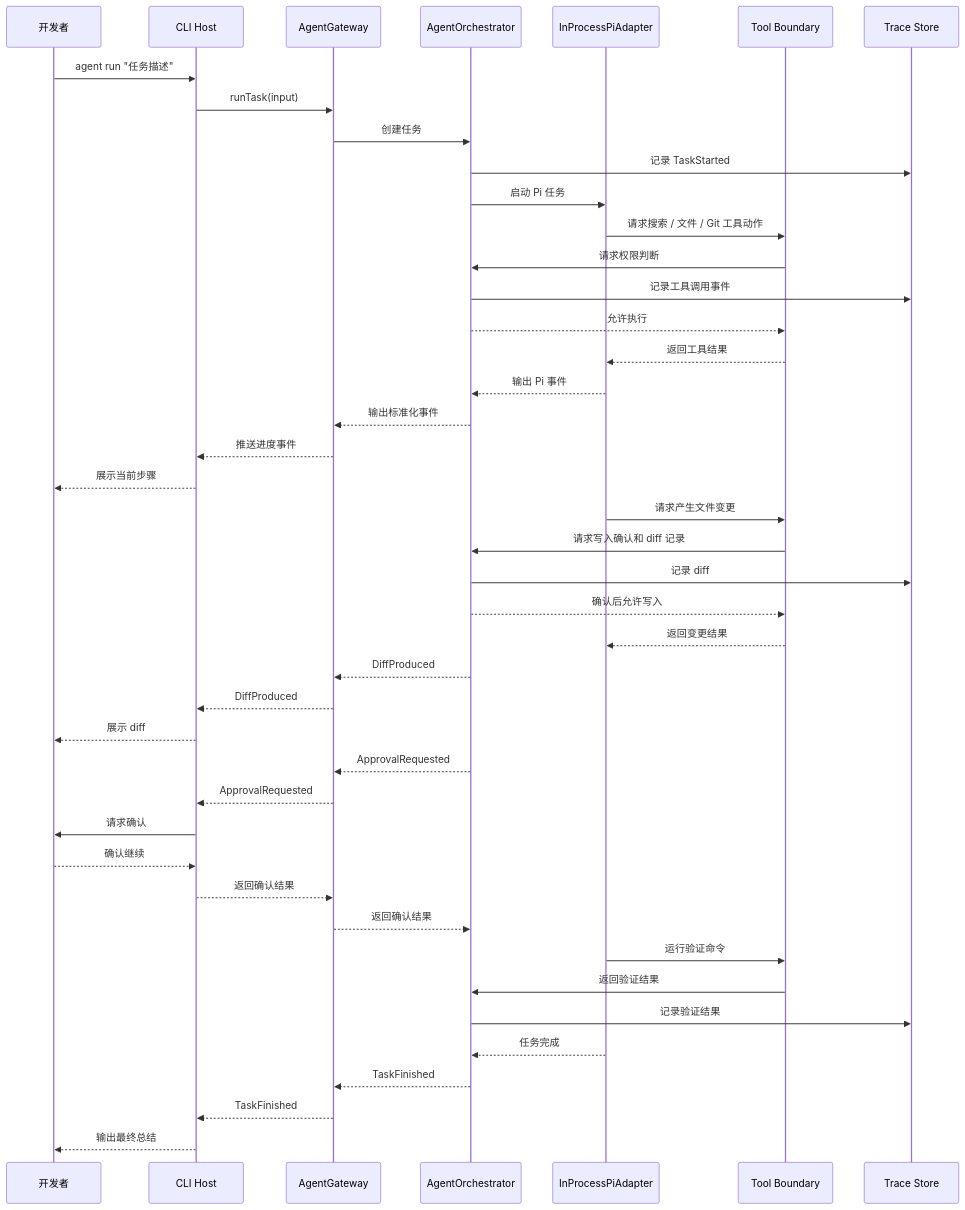
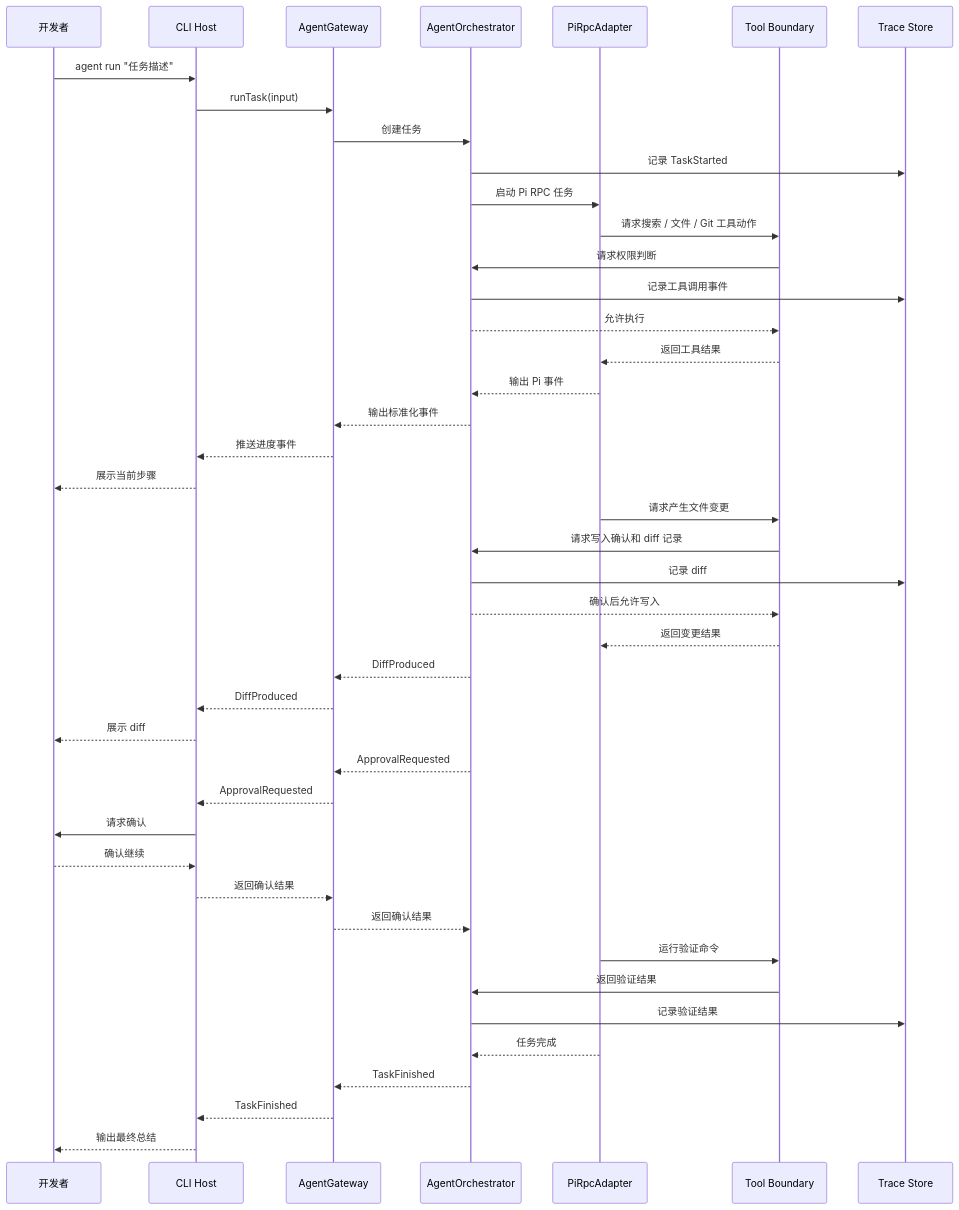
The second of 2 diagrams in wiki/technical-design.md (CrazyMrYan/potato-agent), drawn with Mermaid before and after one commit. The commit also changed other lines of this file and 2 other files, not shown here.

````diff
--- a/wiki/technical-design.md
+++ b/wiki/technical-design.md
@@ -237,46 +239,46 @@
 ```mermaid
 sequenceDiagram
     participant U as 开发者
     participant C as CLI Host
     participant G as AgentGateway
     participant O as AgentOrchestrator
-    participant P as InProcessPiAdapter
+    participant P as PiRpcAdapter
     participant T as Tool Boundary
     participant S as Trace Store
 
     U->>C: agent run "任务描述"
     C->>G: runTask(input)
     G->>O: 创建任务
     O->>S: 记录 TaskStarted
-    O->>P: 启动 Pi 任务
+    O->>P: 启动 Pi RPC 任务
     P->>T: 请求搜索 / 文件 / Git 工具动作
     T->>O: 请求权限判断
     O->>S: 记录工具调用事件
     O-->>T: 允许执行
     T-->>P: 返回工具结果
     P-->>O: 输出 Pi 事件
     O-->>G: 输出标准化事件
     G-->>C: 推送进度事件
     C-->>U: 展示当前步骤
     P->>T: 请求产生文件变更
     T->>O: 请求写入确认和 diff 记录
     O->>S: 记录 diff
     O-->>T: 确认后允许写入
     T-->>P: 返回变更结果
     O-->>G: DiffProduced
     G-->>C: DiffProduced
     C-->>U: 展示 diff
     O-->>G: ApprovalRequested
     G-->>C: ApprovalRequested
     C->>U: 请求确认
     U-->>C: 确认继续
     C-->>G: 返回确认结果
     G-->>O: 返回确认结果
     P->>T: 运行验证命令
     T->>O: 返回验证结果
     O->>S: 记录验证结果
     P-->>O: 任务完成
     O-->>G: TaskFinished
     G-->>C: TaskFinished
     C-->>U: 输出最终总结
 ```
````
